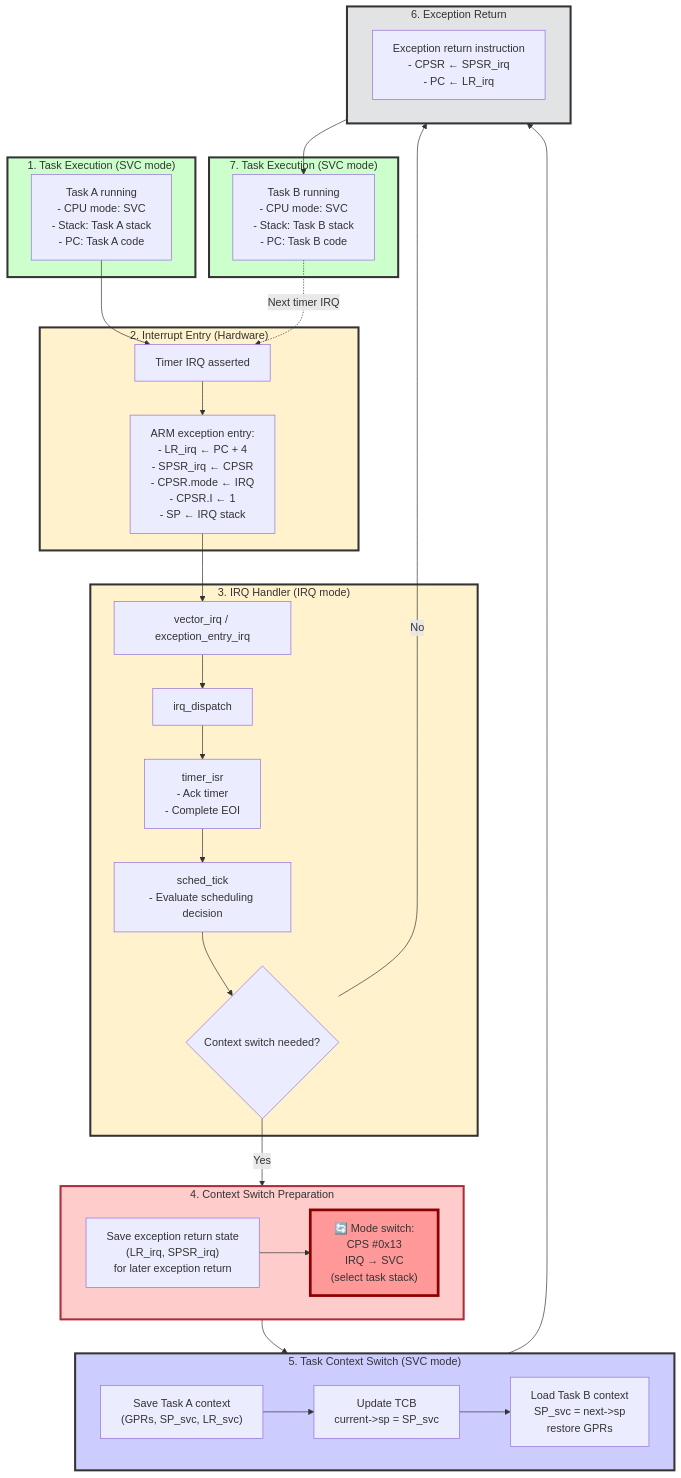
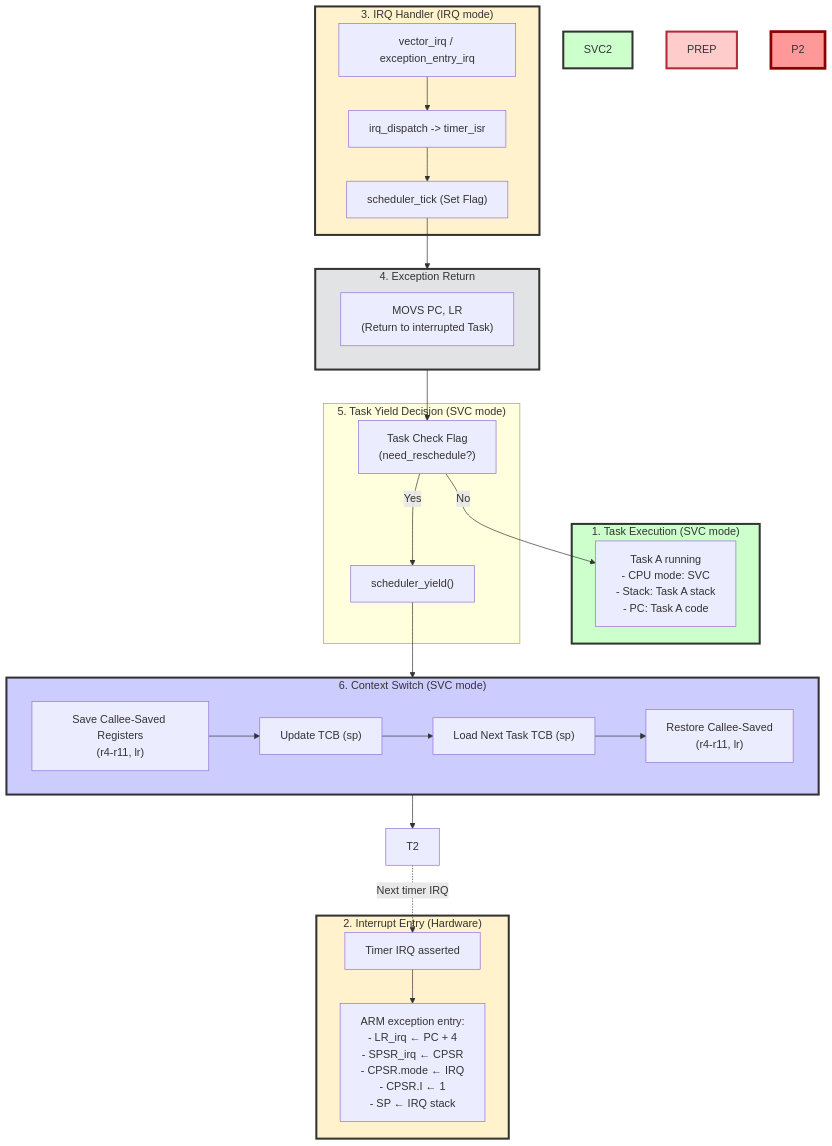
One commit to Vinalinux-Org/RefARM-OS changed the diagram in docs/05_scheduler/diagram/cpu_mode_transition.mmd. Above: the diagram before and after it, drawn with Mermaid. The commit also changed 5 other files, not shown here.

Commit message:
docs: update the  scheduler docs and diagrams

```diff
--- a/docs/05_scheduler/diagram/cpu_mode_transition.mmd
+++ b/docs/05_scheduler/diagram/cpu_mode_transition.mmd
@@ -1,118 +1,93 @@
 flowchart TD
     %% =====================================================
     %% 1. Normal task execution
     %% =====================================================
     subgraph SVC1["1. Task Execution (SVC mode)"]
         T1["Task A running
 - CPU mode: SVC
 - Stack: Task A stack
 - PC: Task A code"]
     end
 
     %% =====================================================
     %% 2. Hardware interrupt entry (ARM-defined)
     %% =====================================================
     subgraph HW_IRQ["2. Interrupt Entry (Hardware)"]
         I1["Timer IRQ asserted"]
         I2["ARM exception entry:
 - LR_irq ← PC + 4
 - SPSR_irq ← CPSR
 - CPSR.mode ← IRQ
 - CPSR.I ← 1
 - SP ← IRQ stack"]
 
         I1 --> I2
     end
 
     %% =====================================================
     %% 3. IRQ handling (kernel, IRQ mode)
     %% =====================================================
     subgraph IRQ_HANDLER["3. IRQ Handler (IRQ mode)"]
         H1["vector_irq / exception_entry_irq"]
-        H2["irq_dispatch"]
-        H3["timer_isr
-- Ack timer
-- Complete EOI"]
-        H4["sched_tick
-- Evaluate scheduling decision"]
-
-        DECIDE{"Context switch needed?"}
-
-        H1 --> H2 --> H3 --> H4 --> DECIDE
+        H2["irq_dispatch -> timer_isr"]
+        H3["scheduler_tick (Set Flag)"]
+        
+        H1 --> H2 --> H3
     end
 
     %% =====================================================
-    %% 4. Context switch preparation
+    %% 4. Exception return (Back to Task)
     %% =====================================================
-    subgraph PREP["4. Context Switch Preparation"]
-        P1["Save exception return state
-(LR_irq, SPSR_irq)
-for later exception return"]
+    subgraph EX_RET["4. Exception Return"]
+        R1["MOVS PC, LR
+(Return to interrupted Task)"]
+    end
+    
+    H3 --> EX_RET
 
-        P2["🔄 Mode switch:
-CPS #0x13
-IRQ → SVC
-(select task stack)"]
+    %% =====================================================
+    %% 5. Task Yield Decision (SVC mode)
+    %% =====================================================
+    subgraph YIELD["5. Task Yield Decision (SVC mode)"]
+        Y1["Task Check Flag
+(need_reschedule?)"]
+        Y2["scheduler_yield()"]
+        
+        Y1 -- Yes --> Y2
+        Y1 -- No  --> T1
+    end
+    
+    EX_RET --> Y1
 
-        P1 --> P2
+    %% =====================================================
+    %% 6. Context Switch (SVC mode)
+    %% =====================================================
+    subgraph CTX["6. Context Switch (SVC mode)"]
+        C1["Save Callee-Saved Registers
+(r4-r11, lr)"]
+        C2["Update TCB (sp)"]
+        C3["Load Next Task TCB (sp)"]
+        C4["Restore Callee-Saved
+(r4-r11, lr)"]
+        
+        C1 --> C2 --> C3 --> C4
     end
 
-    %% =====================================================
-    %% 5. Task context switch (SVC mode)
-    %% =====================================================
-    subgraph CTX["5. Task Context Switch (SVC mode)"]
-        C1["Save Task A context
-(GPRs, SP_svc, LR_svc)"]
-        C2["Update TCB
-current->sp = SP_svc"]
-        C3["Load Task B context
-SP_svc = next->sp
-restore GPRs"]
-
-        C1 --> C2 --> C3
-    end
-
-    %% =====================================================
-    %% 6. Exception return (ARM-defined)
-    %% =====================================================
-    subgraph EX_RET["6. Exception Return"]
-        R1["Exception return instruction
-- CPSR ← SPSR_irq
-- PC ← LR_irq"]
-    end
-
-    %% =====================================================
-    %% 7. Next task execution
-    %% =====================================================
-    subgraph SVC2["7. Task Execution (SVC mode)"]
-        T2["Task B running
-- CPU mode: SVC
-- Stack: Task B stack
-- PC: Task B code"]
-    end
-
-    %% =====================================================
-    %% Flow connections
-    %% =====================================================
-    T1 --> I1
-    I2 --> H1
-    DECIDE -- No --> EX_RET
-    DECIDE -- Yes --> PREP
-    PREP --> CTX --> EX_RET
-    EX_RET --> T2
+    Y2 --> CTX
+    CTX --> T2
     T2 -.->|"Next timer IRQ"| I1
 
     %% =====================================================
     %% Styling (reference-grade)
     %% =====================================================
     style SVC1 fill:#ccffcc,stroke:#333,stroke-width:3px
     style SVC2 fill:#ccffcc,stroke:#333,stroke-width:3px
 
     style HW_IRQ fill:#fff2cc,stroke:#333,stroke-width:3px
     style IRQ_HANDLER fill:#fff2cc,stroke:#333,stroke-width:3px
 
     style PREP fill:#ffcccc,stroke:#b02a37,stroke-width:3px
     style CTX fill:#ccccff,stroke:#333,stroke-width:3px
     style EX_RET fill:#e2e3e5,stroke:#333,stroke-width:3px
 
     style P2 fill:#ff9999,stroke:#8b0000,stroke-width:4px
```
